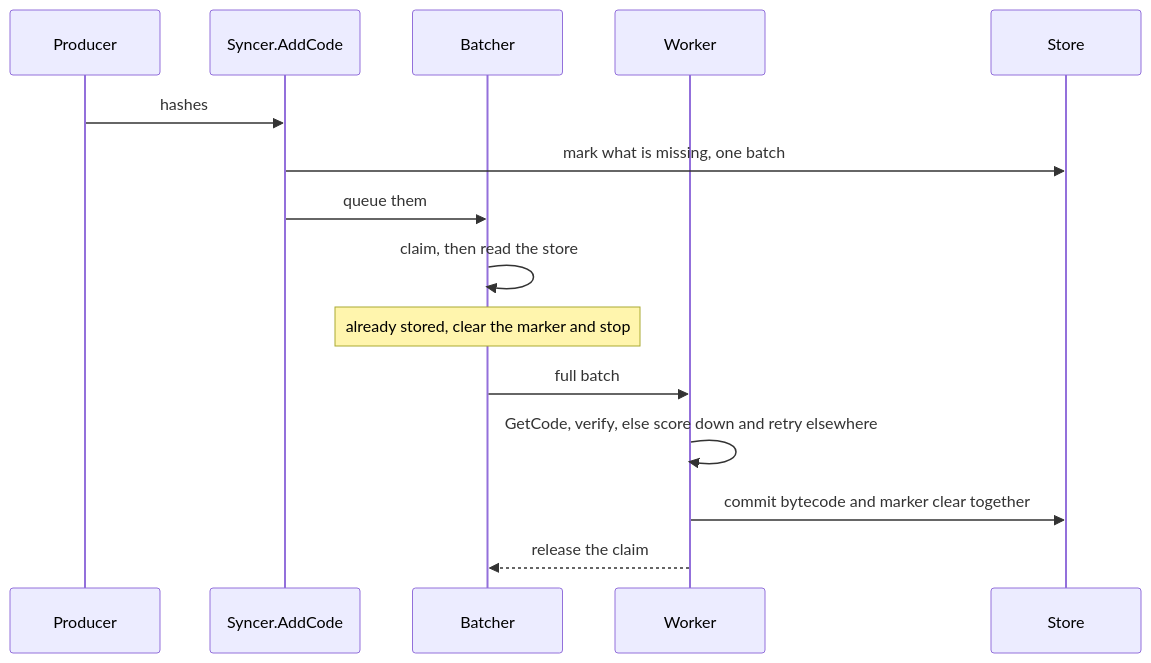
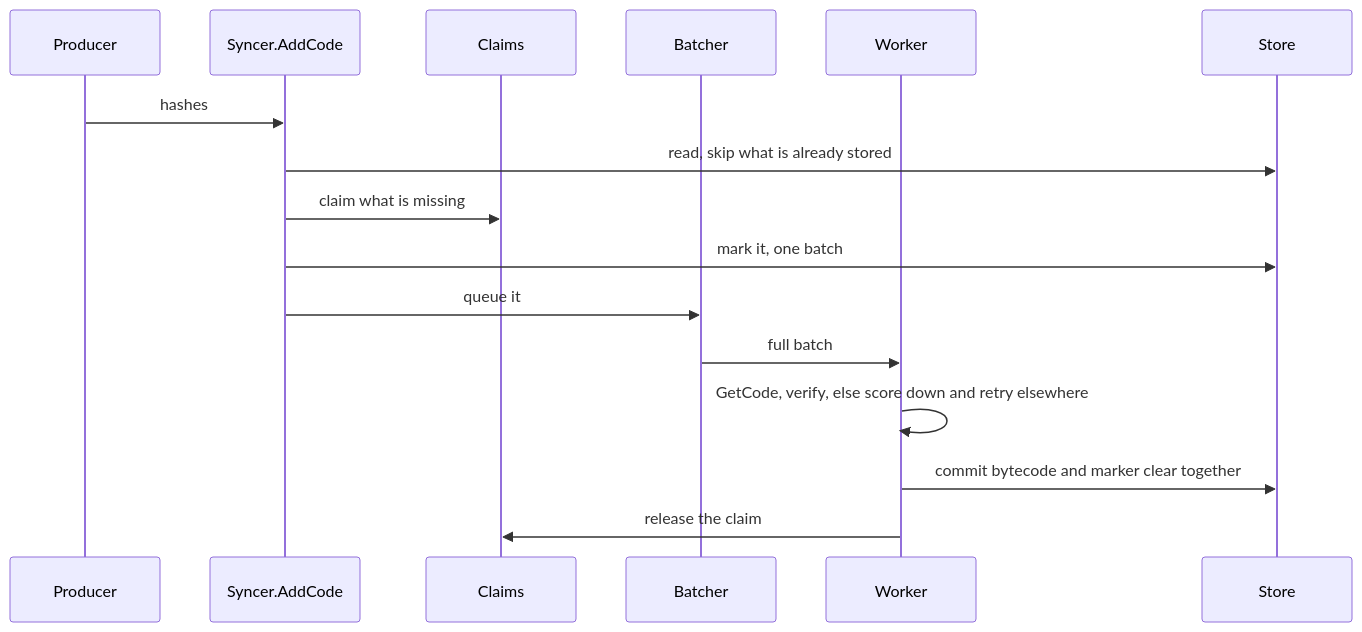
One commit to ava-labs/avalanchego changed the second of 2 diagrams in vms/evm/sync/code/README.md. Above: the diagram before and after it, drawn with Mermaid. The commit also changed other lines of this file and 4 other files, not shown here.

````diff
--- a/vms/evm/sync/code/README.md
+++ b/vms/evm/sync/code/README.md
@@ -62,17 +59,18 @@
 ```mermaid
 sequenceDiagram
   participant P as Producer
   participant A as Syncer.AddCode
+  participant C as Claims
   participant B as Batcher
   participant W as Worker
   participant S as Store
   P->>A: hashes
-  A->>S: mark what is missing, one batch
-  A->>B: queue them
-  B->>B: claim, then read the store
-  Note over B: already stored, clear the marker and stop
+  A->>S: read, skip what is already stored
+  A->>C: claim what is missing
+  A->>S: mark it, one batch
+  A->>B: queue it
   B->>W: full batch
   W->>W: GetCode, verify, else score down and retry elsewhere
   W->>S: commit bytecode and marker clear together
-  W-->>B: release the claim
+  W->>C: release the claim
 ```
````
